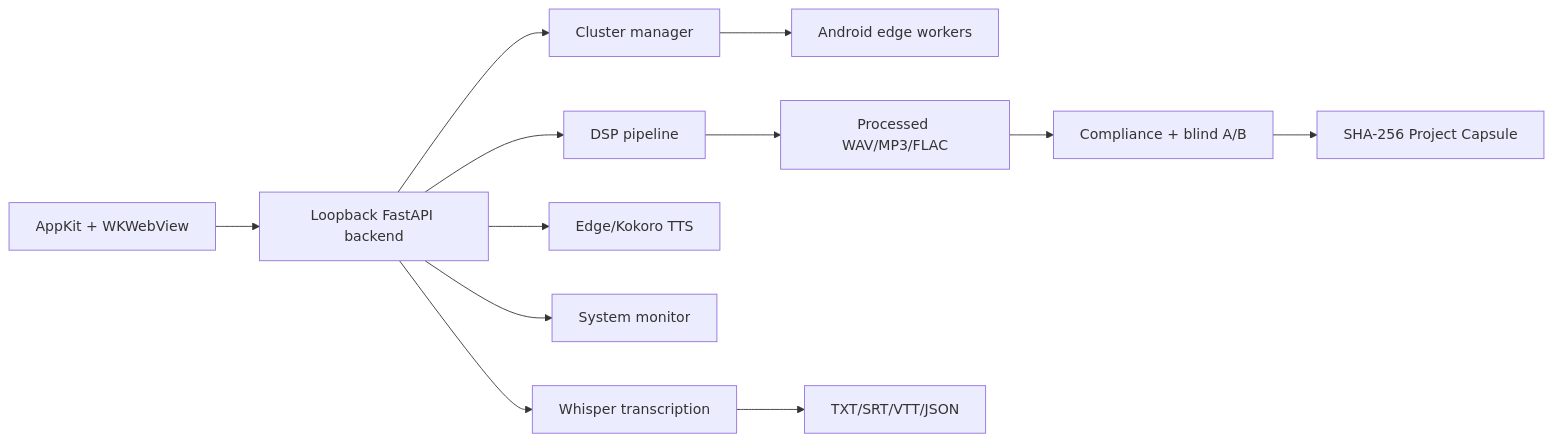
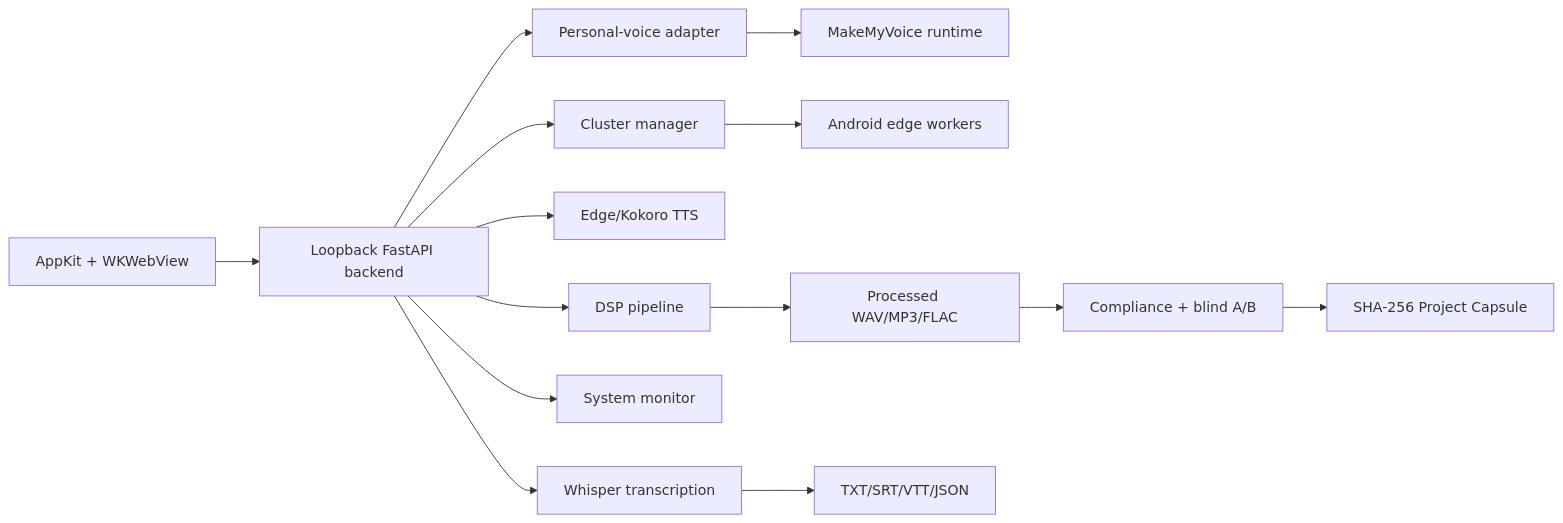
Before and after one commit to sev7enITA/AudioEnhancerMAX: the diagram in README.md, drawn with Mermaid. The commit also changed other lines of this file and 91 other files, not shown here.

````diff
--- a/README.md
+++ b/README.md
@@ -127,14 +133,16 @@
 ```mermaid
 flowchart LR
     Native["AppKit + WKWebView"] --> API["Loopback FastAPI backend"]
     API --> DSP["DSP pipeline"]
     API --> STT["Whisper transcription"]
     API --> TTS["Edge/Kokoro TTS"]
+    API --> VoiceAdapter["Personal-voice adapter"]
+    VoiceAdapter --> MMV["MakeMyVoice runtime"]
     API --> Monitor["System monitor"]
     API --> Cluster["Cluster manager"]
     Cluster --> Android["Android edge workers"]
     DSP --> Output["Processed WAV/MP3/FLAC"]
     Output --> Review["Compliance + blind A/B"]
     Review --> Capsule["SHA-256 Project Capsule"]
     STT --> Transcript["TXT/SRT/VTT/JSON"]
 ```
````
